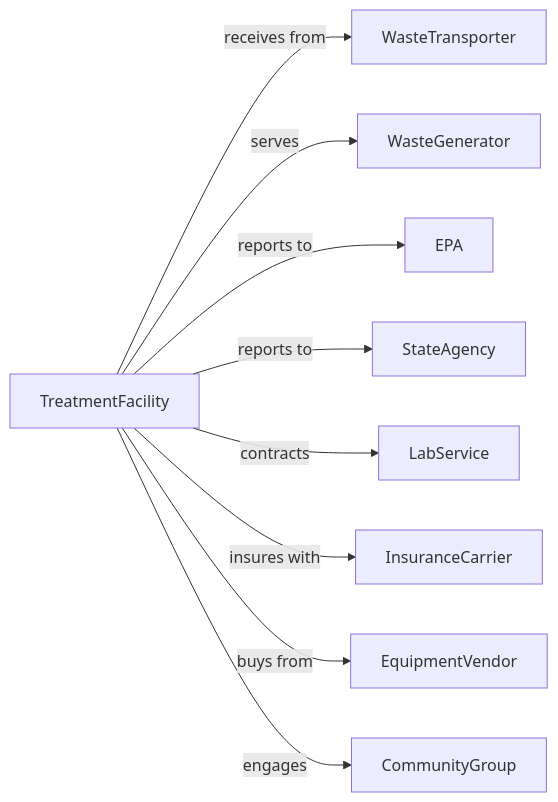
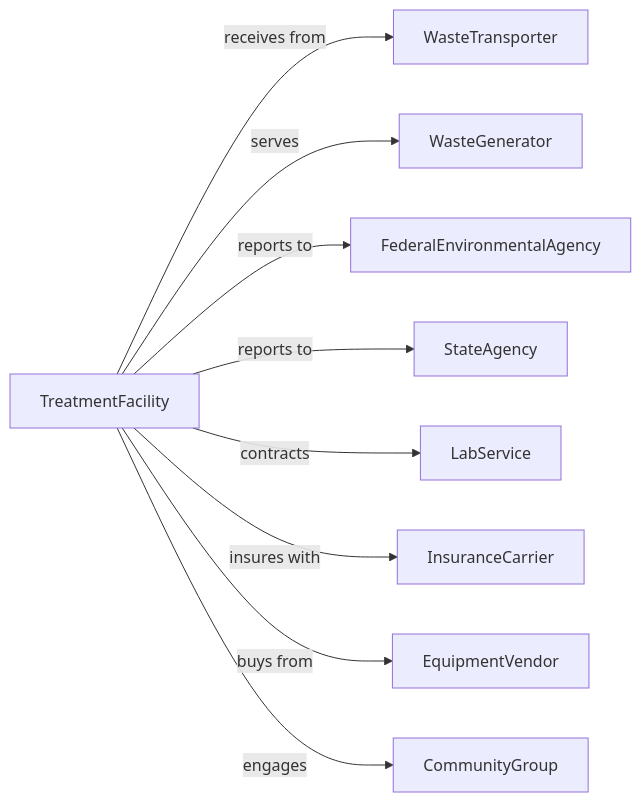
The second of 2 diagrams in Administrative/WasteManagementAndRemediationServices/WasteTreatmentAndDisposal/HazardousWasteTreatmentAndDisposal.mdx (dot-org-ai/industries.org.ai), drawn with Mermaid before and after one commit. The commit also changed other lines of this file and 639 other files, not shown here.

````diff
--- a/Administrative/WasteManagementAndRemediationServices/WasteTreatmentAndDisposal/HazardousWasteTreatmentAndDisposal.mdx
+++ b/Administrative/WasteManagementAndRemediationServices/WasteTreatmentAndDisposal/HazardousWasteTreatmentAndDisposal.mdx
@@ -137,13 +137,13 @@
 ```mermaid
 graph LR
     T[TreatmentFacility]
 
     T -->|receives from| WasteTransporter
     T -->|serves| WasteGenerator
-    T -->|reports to| EPA
+    T -->|reports to| FederalEnvironmentalAgency
     T -->|reports to| StateAgency
     T -->|contracts| LabService
     T -->|insures with| InsuranceCarrier
     T -->|buys from| EquipmentVendor
     T -->|engages| CommunityGroup
 ```
````
